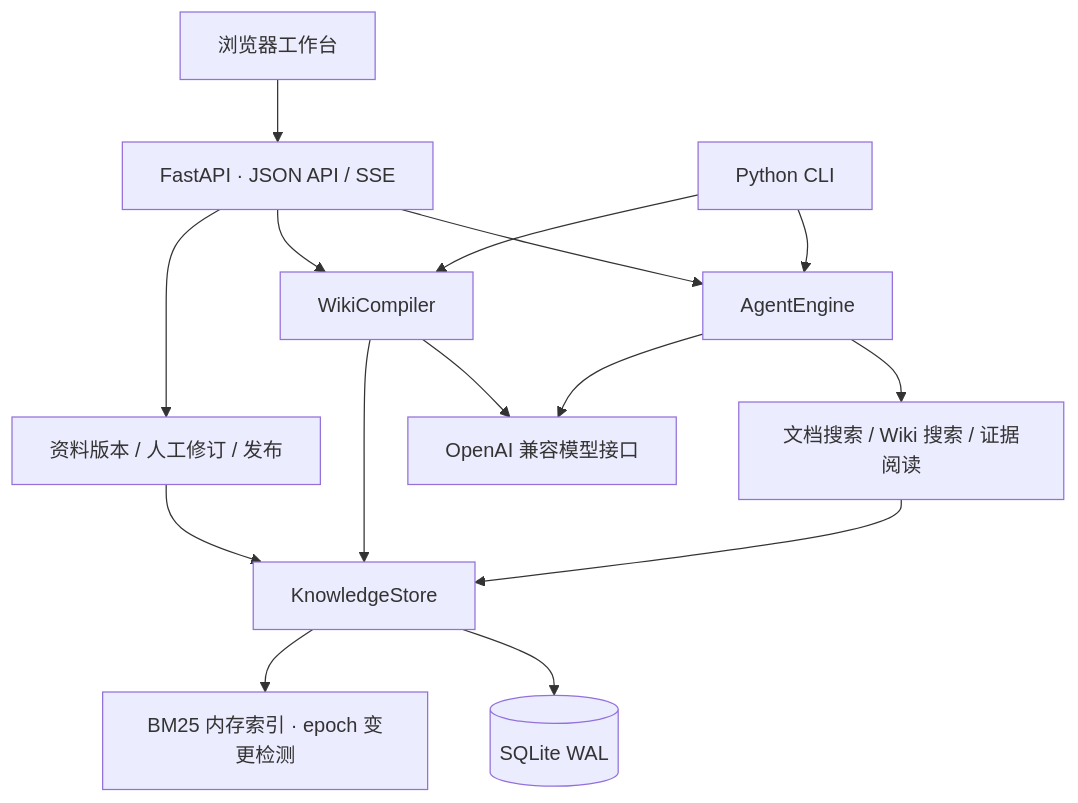
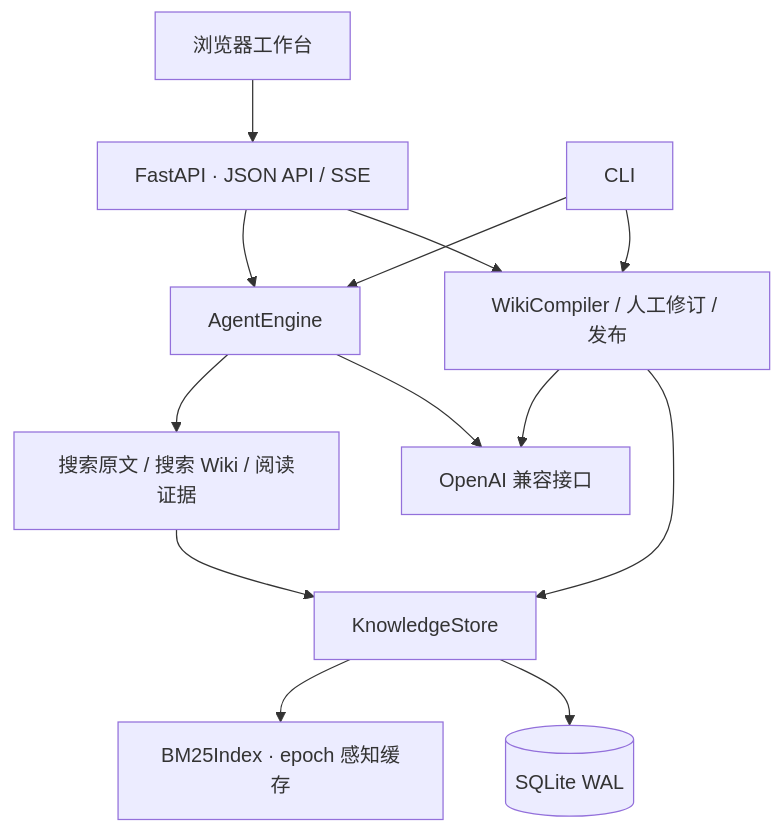
One commit to kayaduster607-jpg/zhiwiki changed the second of 2 diagrams in README.md. Above: the diagram before and after it, drawn with Mermaid. The commit also changed other lines of this file and 1 other file, not shown here.

Commit message:
Present ZhiWiki through user workflows, evidence and reproducible benchmarks

````diff
--- a/README.md
+++ b/README.md
@@ -67,17 +195,15 @@
 ```mermaid
 flowchart TB
     UI["浏览器工作台"] --> API["FastAPI · JSON API / SSE"]
-    CLI["Python CLI"] --> ENGINE["AgentEngine"]
-    CLI --> WIKI["WikiCompiler"]
-    API --> ENGINE
-    API --> WIKI
-    API --> EDIT["资料版本 / 人工修订 / 发布"]
-    ENGINE --> TOOLS["文档搜索 / Wiki 搜索 / 证据阅读"]
-    ENGINE --> MODEL["OpenAI 兼容模型接口"]
-    WIKI --> MODEL
+    CLI["CLI"] --> AGENT["AgentEngine"]
+    API --> AGENT
+    API --> WIKI["WikiCompiler / 人工修订 / 发布"]
+    CLI --> WIKI
+    AGENT --> TOOLS["搜索原文 / 搜索 Wiki / 阅读证据"]
+    AGENT --> PROVIDER["OpenAI 兼容接口"]
+    WIKI --> PROVIDER
     TOOLS --> STORE["KnowledgeStore"]
     WIKI --> STORE
-    EDIT --> STORE
-    STORE --> CACHE["BM25 内存索引 · epoch 变更检测"]
+    STORE --> INDEX["BM25Index · epoch 感知缓存"]
     STORE --> DB[("SQLite WAL")]
 ```
````
